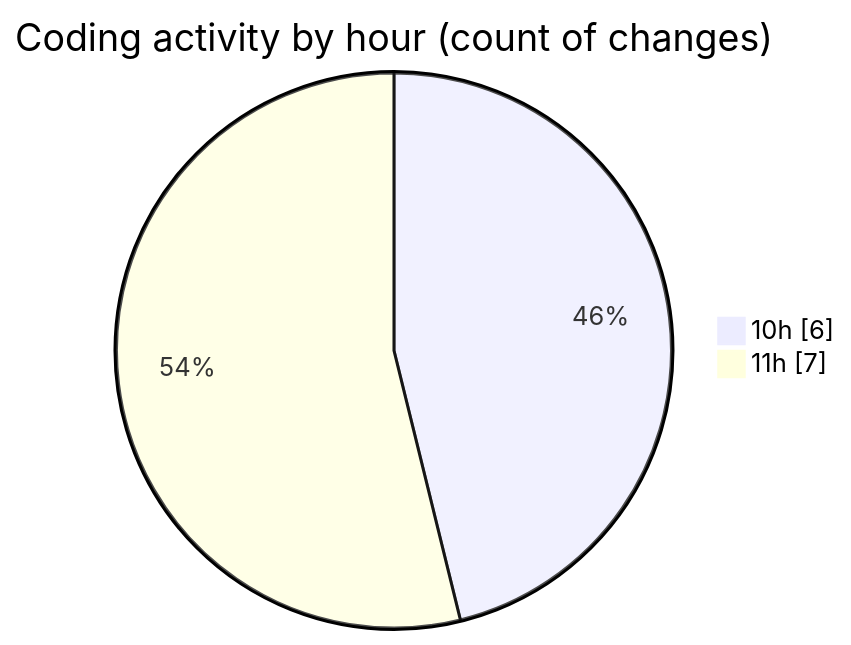
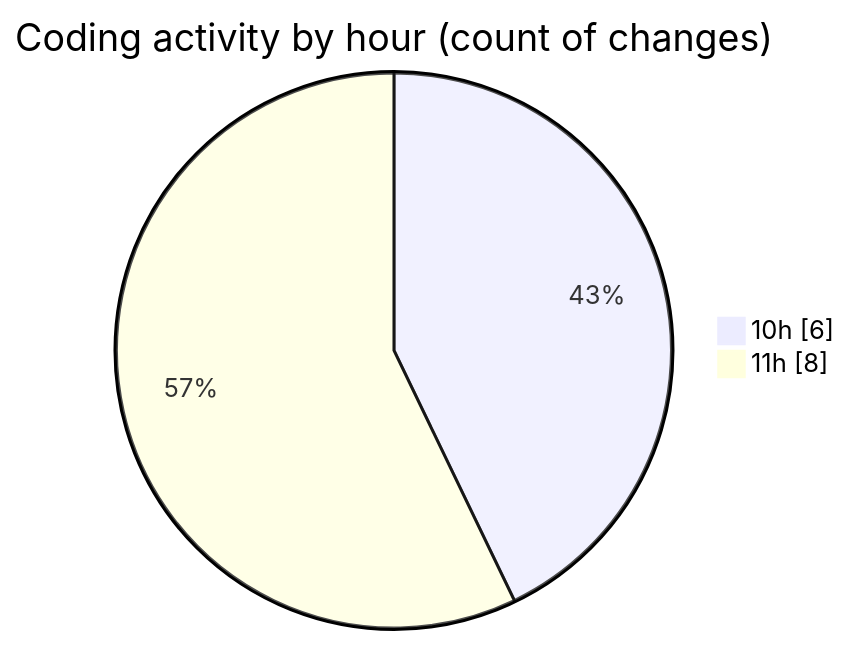
Before and after one commit to ricardozamudiocil/code-tracking: the second of 2 diagrams in 2026-07-08/cilapp/README.md, drawn with Mermaid. The commit also changed other lines of this file and 1 other file, not shown here.

````diff
--- a/2026-07-08/cilapp/README.md
+++ b/2026-07-08/cilapp/README.md
@@ -32,6 +34,6 @@
 ```mermaid
 pie showData
 title Coding activity by hour (count of changes)
 "10h" : 6
-"11h" : 7
+"11h" : 8
 ```
````
